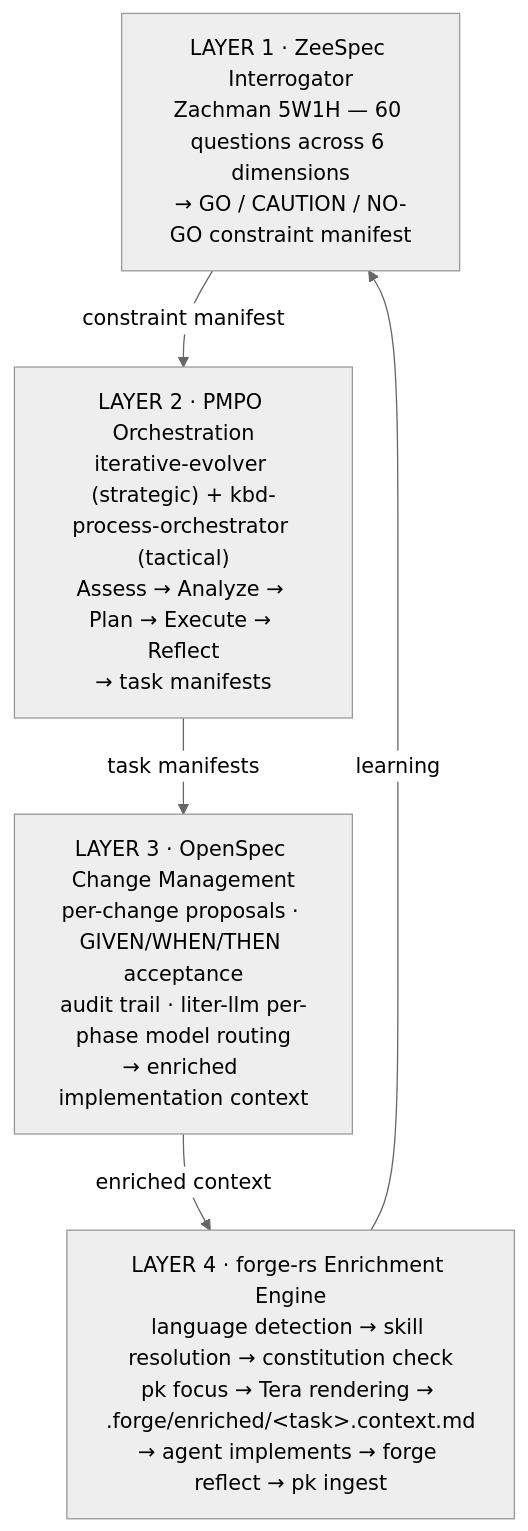
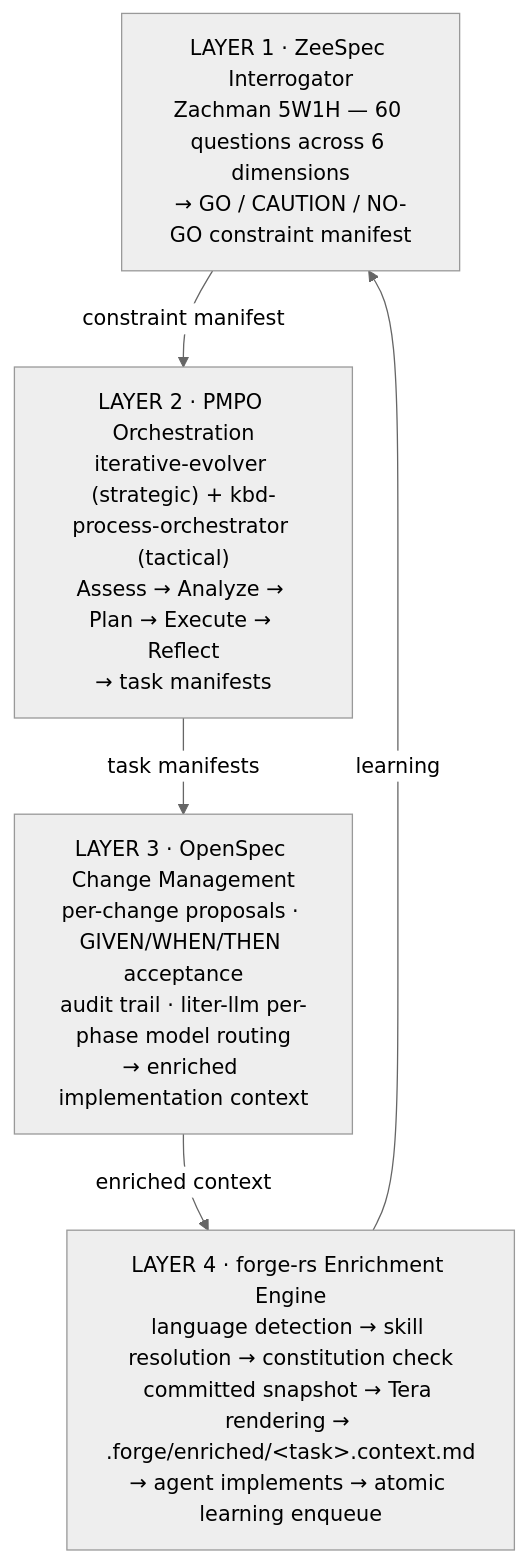
Before and after one commit to Prometheus-AGS/prometheus-skill-system: the first of 3 diagrams in docs/guide/04-four-layer-pipeline.md, drawn with Mermaid (neutral theme). The commit also changed other lines of this file and 100 other files, not shown here.

````diff
--- a/docs/guide/04-four-layer-pipeline.md
+++ b/docs/guide/04-four-layer-pipeline.md
@@ -5,11 +5,11 @@
 ```mermaid
 graph TD
     L1["LAYER 1 · ZeeSpec Interrogator<br/>Zachman 5W1H — 60 questions across 6 dimensions<br/>→ GO / CAUTION / NO-GO constraint manifest"]
     L2["LAYER 2 · PMPO Orchestration<br/>iterative-evolver (strategic) + kbd-process-orchestrator (tactical)<br/>Assess → Analyze → Plan → Execute → Reflect<br/>→ task manifests"]
     L3["LAYER 3 · OpenSpec Change Management<br/>per-change proposals · GIVEN/WHEN/THEN acceptance<br/>audit trail · liter-llm per-phase model routing<br/>→ enriched implementation context"]
-    L4["LAYER 4 · forge-rs Enrichment Engine<br/>language detection → skill resolution → constitution check<br/>pk focus → Tera rendering → .forge/enriched/&lt;task&gt;.context.md<br/>→ agent implements → forge reflect → pk ingest"]
+    L4["LAYER 4 · forge-rs Enrichment Engine<br/>language detection → skill resolution → constitution check<br/>committed snapshot → Tera rendering → .forge/enriched/&lt;task&gt;.context.md<br/>→ agent implements → atomic learning enqueue"]
     L1 -->|constraint manifest| L2
     L2 -->|task manifests| L3
     L3 -->|enriched context| L4
     L4 -->|learning| L1
 ```
````
